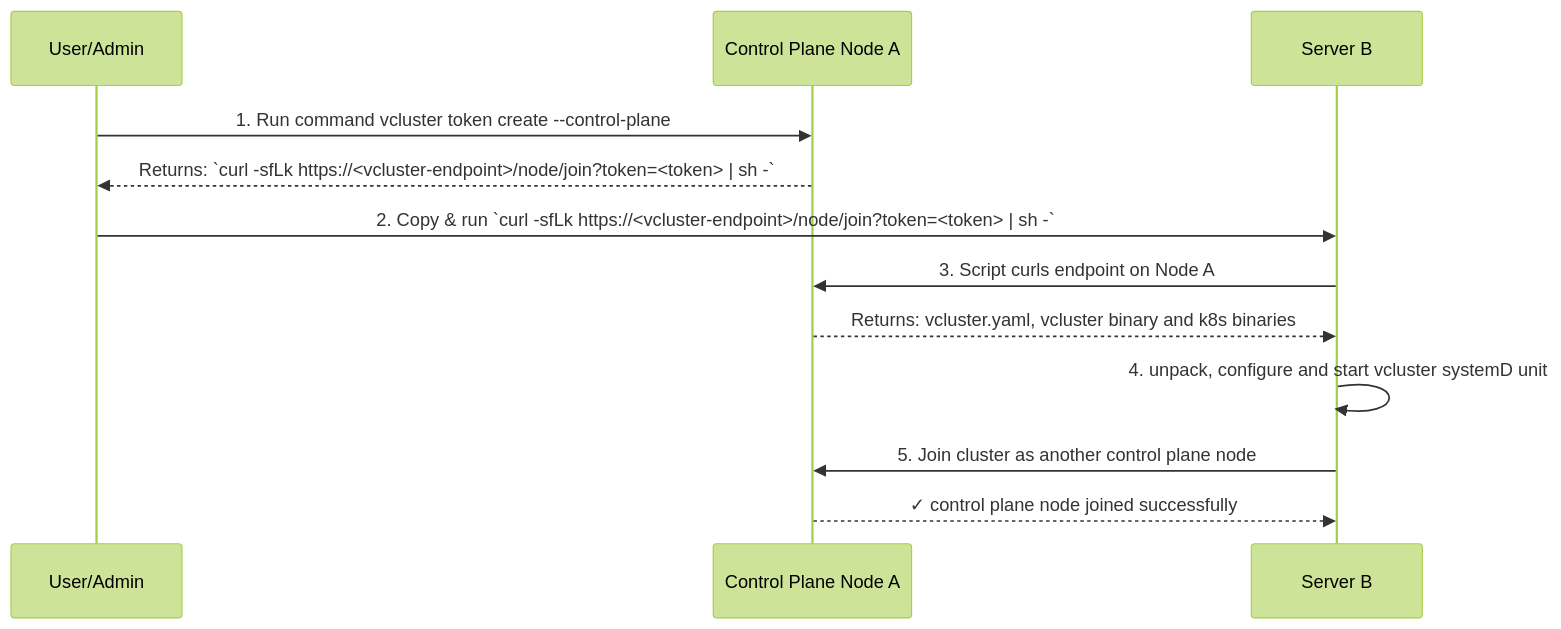
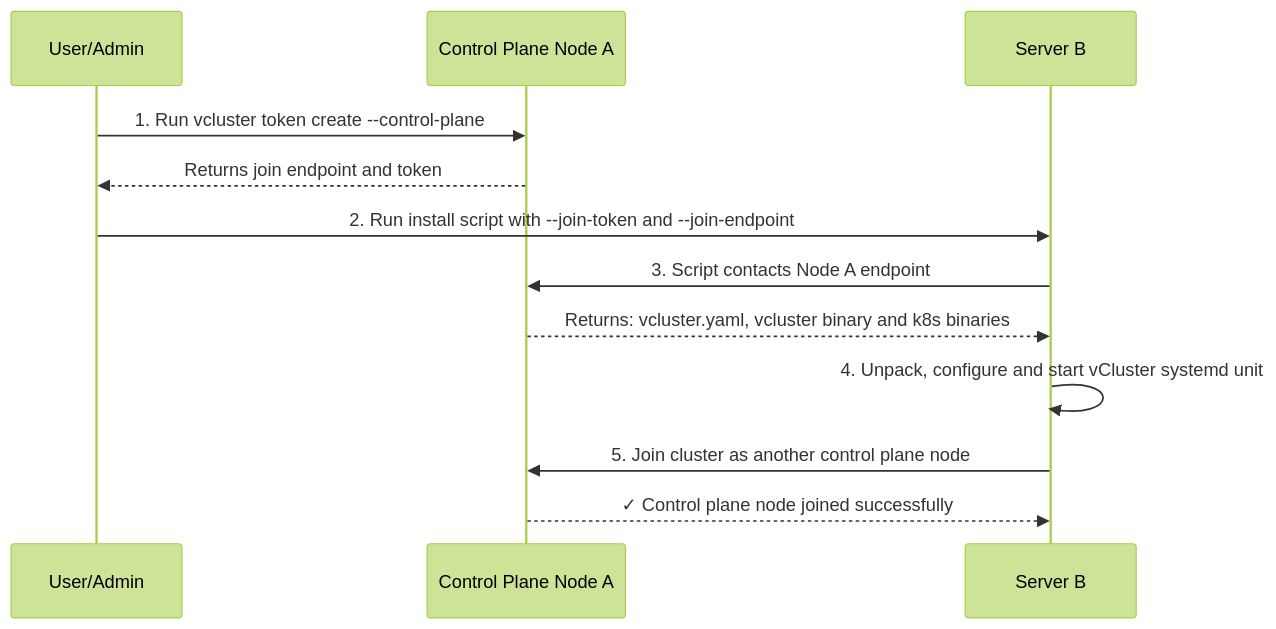
Before and after one commit to loft-sh/vcluster-docs: the diagram in vcluster/deploy/control-plane/binary/high-availability.mdx, drawn with Mermaid (forest theme). The commit also changed other lines of this file, not shown here.

````diff
--- a/vcluster/deploy/control-plane/binary/high-availability.mdx
+++ b/vcluster/deploy/control-plane/binary/high-availability.mdx
@@ -216,16 +215,16 @@
 ```mermaid
 sequenceDiagram
 participant User as User/Admin
 participant NodeA as Control Plane Node A
 participant ServerB as Server B
-    User->>NodeA: 1. Run command vcluster token create --control-plane
-    NodeA-->>User: Returns: `curl -sfLk https://<vcluster-endpoint>/node/join?token=<token> | sh -`
+    User->>NodeA: 1. Run vcluster token create --control-plane
+    NodeA-->>User: Returns join endpoint and token
 
-    User->>ServerB: 2. Copy & run `curl -sfLk https://<vcluster-endpoint>/node/join?token=<token> | sh -`
-    ServerB->>NodeA: 3. Script curls endpoint on Node A
+    User->>ServerB: 2. Run install script with --join-token and --join-endpoint
+    ServerB->>NodeA: 3. Script contacts Node A endpoint
     NodeA-->>ServerB: Returns: vcluster.yaml, vcluster binary and k8s binaries
 
-    ServerB->>ServerB: 4. unpack, configure and start vcluster systemD unit
+    ServerB->>ServerB: 4. Unpack, configure and start vCluster systemd unit
     ServerB->>NodeA: 5. Join cluster as another control plane node
-    NodeA-->>ServerB: ✓ control plane node joined successfully
+    NodeA-->>ServerB: ✓ Control plane node joined successfully
 ```
````
